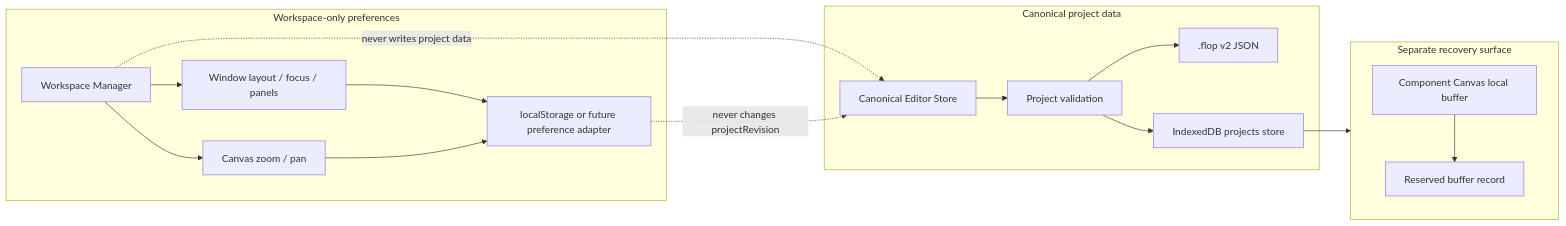
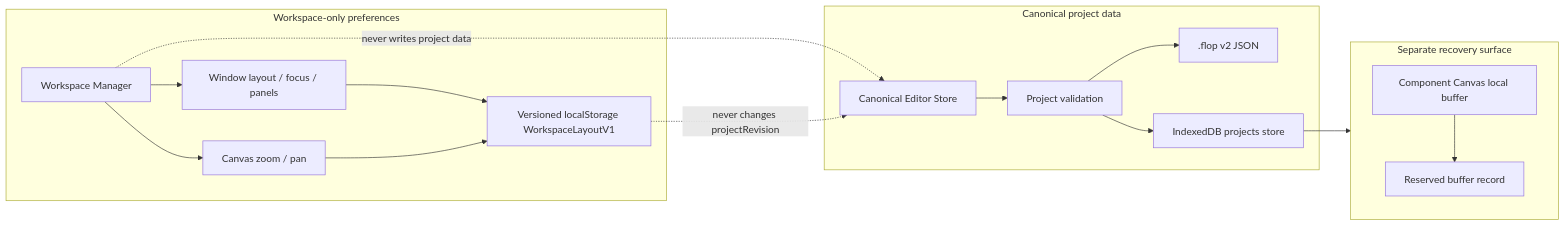
One commit to budapesservices-dotcom/folio-studio changed the fifth of 5 diagrams in docs/specs/WORKSPACE_ARCHITECTURE_V1.md. Above: the diagram before and after it, drawn with Mermaid. The commit also changed other lines of this file, not shown here.

Commit message:
docs: close workspace architecture coordinator decisions

```diff
--- a/docs/specs/WORKSPACE_ARCHITECTURE_V1.md
+++ b/docs/specs/WORKSPACE_ARCHITECTURE_V1.md
@@ -811,30 +819,30 @@
 ~~~mermaid
 flowchart LR
   subgraph ProjectData["Canonical project data"]
     Store["Canonical Editor Store"]
     Validate["Project validation"]
     Flop[".flop v2 JSON"]
     IDBProjects["IndexedDB projects store"]
     Store --> Validate
     Validate --> Flop
     Validate --> IDBProjects
   end
   subgraph WorkspaceData["Workspace-only preferences"]
     Manager["Workspace Manager"]
     Layout["Window layout / focus / panels"]
     View["Canvas zoom / pan"]
-    LocalPrefs["localStorage or future preference adapter"]
+    LocalPrefs["Versioned localStorage WorkspaceLayoutV1"]
     Manager --> Layout
     Manager --> View
     Layout --> LocalPrefs
     View --> LocalPrefs
   end
   subgraph Recovery["Separate recovery surface"]
     Buffer["Component Canvas local buffer"]
     BufferStore["Reserved buffer record"]
     Buffer --> BufferStore
   end
   IDBProjects --> Recovery
   Manager -. "never writes project data" .-> Store
   LocalPrefs -. "never changes projectRevision" .-> Store
 ~~~
```
